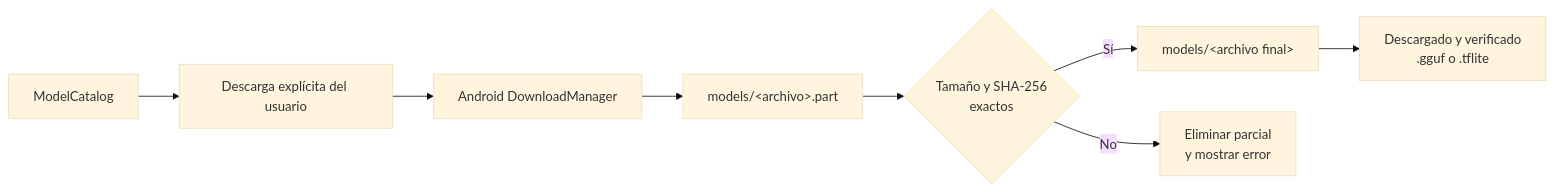
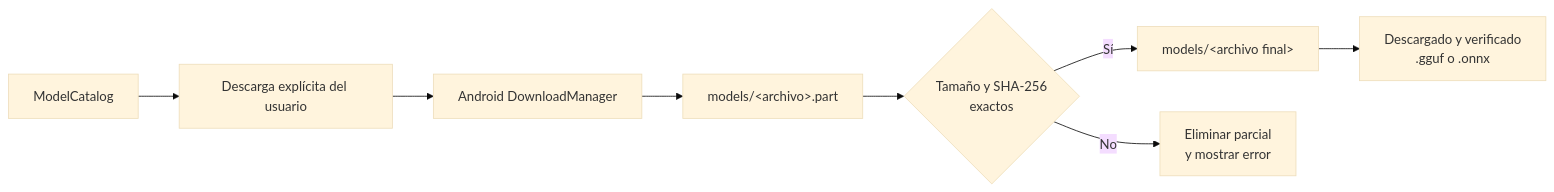
Before and after one commit to arielmendz/kiko: the third of 5 diagrams in docs/ARCHITECTURE.md, drawn with Mermaid (base theme). The commit also changed other lines of this file and 21 other files, not shown here.

````diff
--- a/docs/ARCHITECTURE.md
+++ b/docs/ARCHITECTURE.md
@@ -126,10 +133,10 @@
 ```mermaid
 flowchart LR
     Catalog["ModelCatalog"] --> Action["Descarga explícita del usuario"]
     Action --> Manager["Android DownloadManager"]
     Manager --> Partial["models/&lt;archivo&gt;.part"]
     Partial --> Verify{"Tamaño y SHA-256<br/>exactos"}
     Verify -- "Sí" --> Final["models/&lt;archivo final&gt;"]
-    Final --> Ready["Descargado y verificado<br/>.gguf o .tflite"]
+    Final --> Ready["Descargado y verificado<br/>.gguf o .onnx"]
     Verify -- "No" --> Delete["Eliminar parcial<br/>y mostrar error"]
 ```
````
